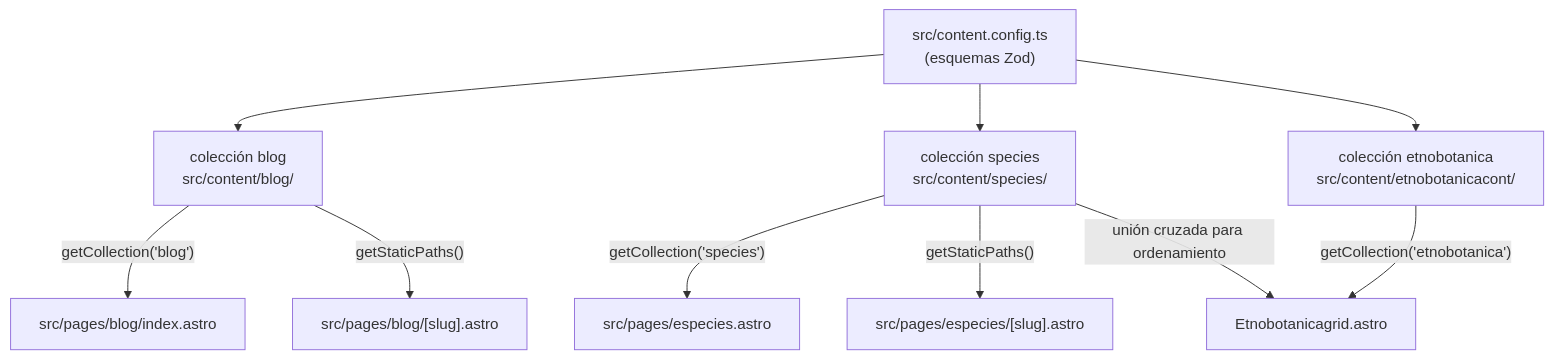
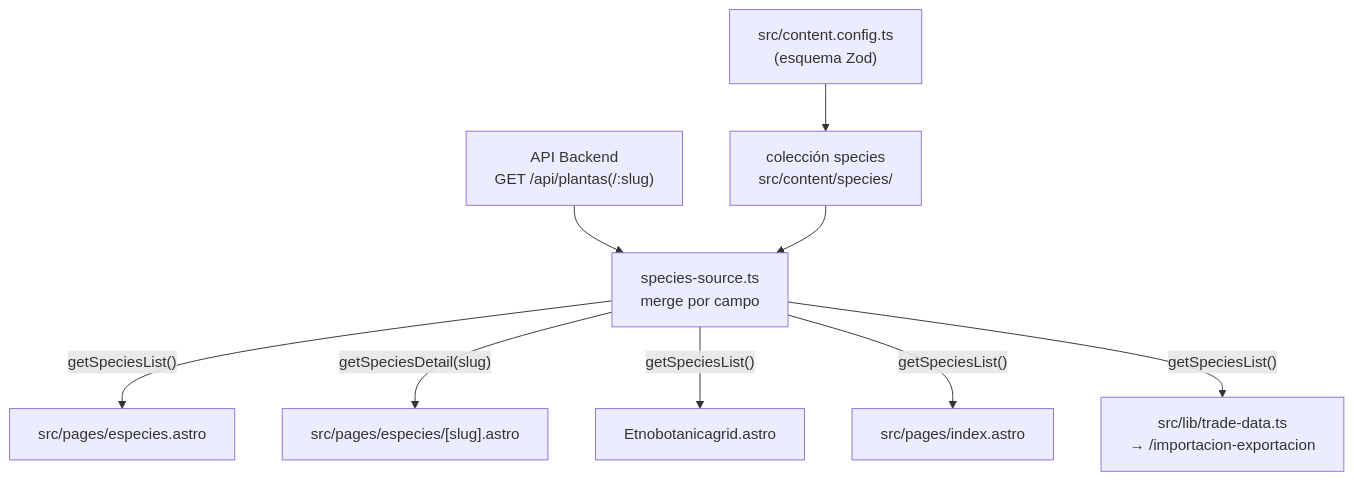
The diagram in docs/CONTENT_STRUCTURE.md (alps2005/ecotec-flora-medica), drawn with Mermaid before and after one commit. The commit also changed other lines of this file and 9 other files, not shown here.

First line of the commit message:
docs: actualizar documentación para reflejar la integración con la API, el nuevo panel de comercio y el rediseño

````diff
--- a/docs/CONTENT_STRUCTURE.md
+++ b/docs/CONTENT_STRUCTURE.md
@@ -9,13 +13,12 @@
 ```mermaid
 graph TD
-    CONFIG["src/content.config.ts\n(esquemas Zod)"] --> BLOG["colección blog\nsrc/content/blog/"]
-    CONFIG --> SPECIES["colección species\nsrc/content/species/"]
-    CONFIG --> ETNO["colección etnobotanica\nsrc/content/etnobotanicacont/"]
+    CONFIG["src/content.config.ts\n(esquema Zod)"] --> SPECIESCOL["colección species\nsrc/content/species/"]
+    BACKAPI["API Backend\nGET /api/plantas(/:slug)"] --> SRC
+    SPECIESCOL --> SRC["species-source.ts\nmerge por campo"]
 
-    SPECIES -->|"getCollection('species')"| ESPPAGE["src/pages/especies.astro"]
-    SPECIES -->|"getStaticPaths()"| ESPDETAIL["src/pages/especies/[slug].astro"]
-    ETNO -->|"getCollection('etnobotanica')"| EGRID["Etnobotanicagrid.astro"]
-    SPECIES -->|"unión cruzada para ordenamiento"| EGRID
-    BLOG -->|"getCollection('blog')"| BLOGLIST["src/pages/blog/index.astro"]
-    BLOG -->|"getStaticPaths()"| BLOGPOST["src/pages/blog/[slug].astro"]
+    SRC -->|"getSpeciesList()"| ESPPAGE["src/pages/especies.astro"]
+    SRC -->|"getSpeciesDetail(slug)"| ESPDETAIL["src/pages/especies/[slug].astro"]
+    SRC -->|"getSpeciesList()"| EGRID["Etnobotanicagrid.astro"]
+    SRC -->|"getSpeciesList()"| HOME["src/pages/index.astro"]
+    SRC -->|"getSpeciesList()"| TRADE["src/lib/trade-data.ts\n→ /importacion-exportacion"]
 ```
````
